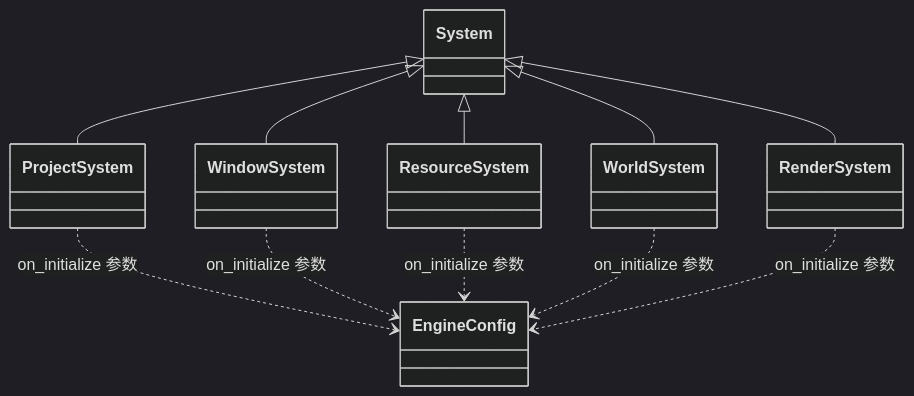
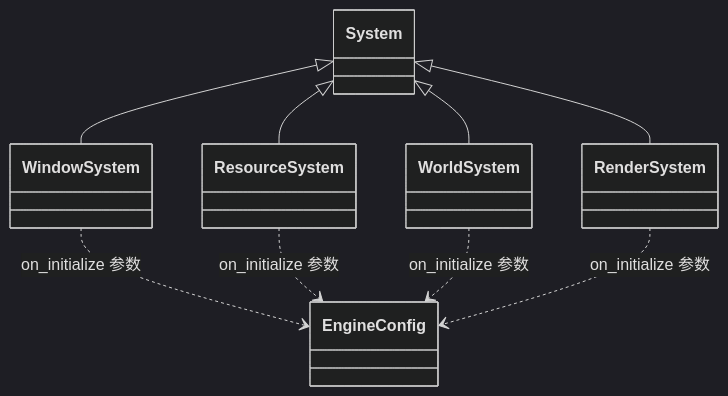
The fifth of 8 diagrams in docs/class-diagrams/references.md (lcals/Engine), drawn with Mermaid (dark theme) before and after one commit. The commit also changed other lines of this file and 63 other files, not shown here.

````diff
--- a/docs/class-diagrams/references.md
+++ b/docs/class-diagrams/references.md
@@ -88,21 +86,18 @@
 ```mermaid
 classDiagram
     direction TB
     class System
     class EngineConfig
-    class ProjectSystem
     class WindowSystem
     class ResourceSystem
     class WorldSystem
     class RenderSystem
-    System <|-- ProjectSystem
     System <|-- WindowSystem
     System <|-- ResourceSystem
     System <|-- WorldSystem
     System <|-- RenderSystem
-    ProjectSystem ..> EngineConfig : on_initialize 参数
     WindowSystem ..> EngineConfig : on_initialize 参数
     ResourceSystem ..> EngineConfig : on_initialize 参数
     WorldSystem ..> EngineConfig : on_initialize 参数
     RenderSystem ..> EngineConfig : on_initialize 参数
 ```
````
